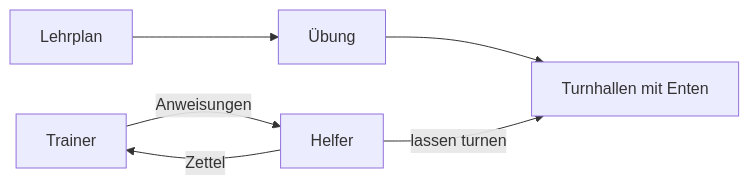
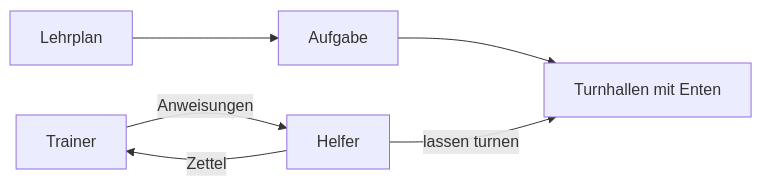
The first of 3 diagrams in kern/docs/buch-gruen/14-lehrer.md (ChristianHohlfeld/kernengine.de), drawn with Mermaid before and after one commit. The commit also changed other lines of this file and 3 other files, not shown here.

````diff
--- a/kern/docs/buch-gruen/14-lehrer.md
+++ b/kern/docs/buch-gruen/14-lehrer.md
@@ -70,8 +73,8 @@
 ```mermaid
 flowchart LR
-  L["Lehrplan"] --> U["Übung"]
+  L["Lehrplan"] --> U["Aufgabe"]
   U --> H["Turnhallen mit Enten"]
   T["Trainer"] -->|"Anweisungen"| HE["Helfer"]
   HE -->|"lassen turnen"| H
   HE -->|"Zettel"| T
 ```
````
